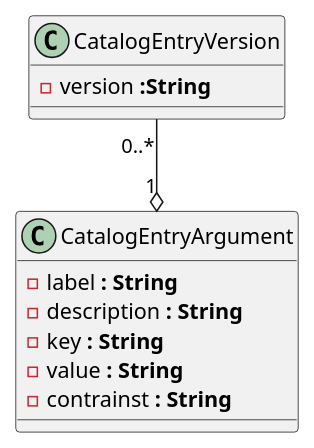
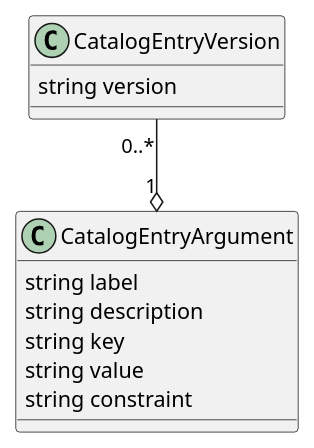
Before and after one commit to kathra-project/specifications: the diagram in Use cases/CatalogEntryVersion/model.puml, drawn with PlantUML. The commit also changed 23 other files, not shown here.

```diff
--- a/Use cases/CatalogEntryVersion/model.puml
+++ b/Use cases/CatalogEntryVersion/model.puml
@@ -1,16 +1,16 @@
 @startuml
 
 class  CatalogEntryVersion {
-     - version <b>:String</b>
+     string version
 }
 
 class  CatalogEntryArgument {
-     - label <b>: String</b>
-     - description <b>: String</b>
-     - key <b>: String</b>
-     - value <b>: String</b>
-     - contrainst <b>: String</b>
+     string label
+     string description
+     string key
+     string value
+     string constraint
 }
 CatalogEntryVersion  "0..*" --o "1" CatalogEntryArgument
 
 @enduml
```
